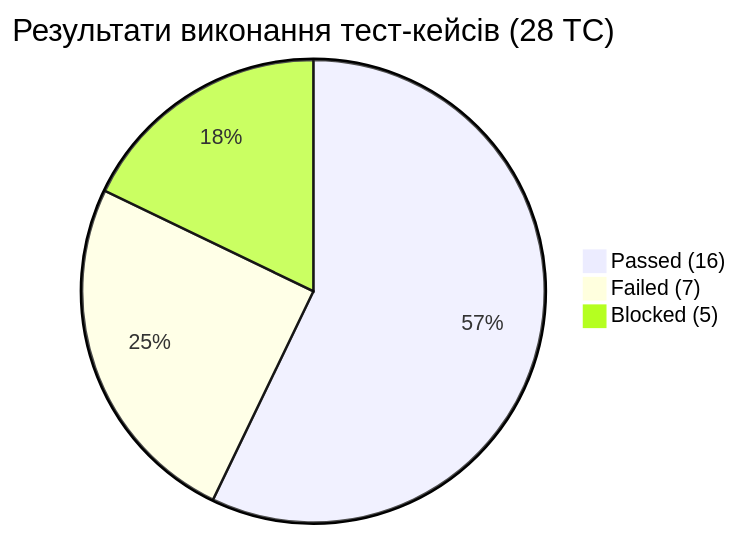
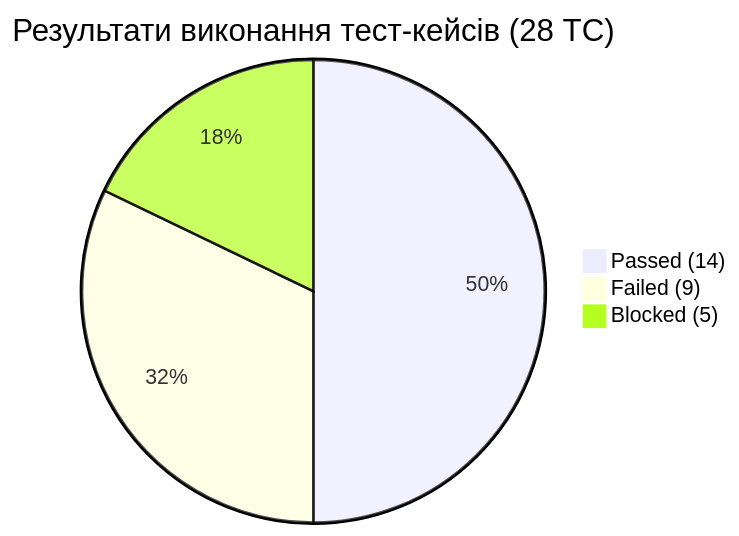
The second of 4 diagrams in docs/sprint3/test-summary-report.md (tiktakson/tzyaps1), drawn with Mermaid before and after one commit. The commit also changed other lines of this file and 8 other files, not shown here.

````diff
--- a/docs/sprint3/test-summary-report.md
+++ b/docs/sprint3/test-summary-report.md
@@ -172,6 +173,6 @@
 ```mermaid
 pie title Результати виконання тест-кейсів (28 TC)
-    "Passed (16)" : 16
-    "Failed (7)" : 7
+    "Passed (14)" : 14
+    "Failed (9)" : 9
     "Blocked (5)" : 5
 ```
````
